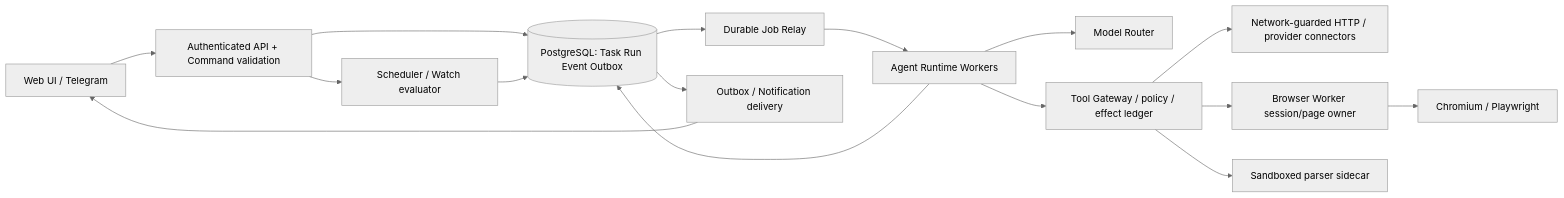
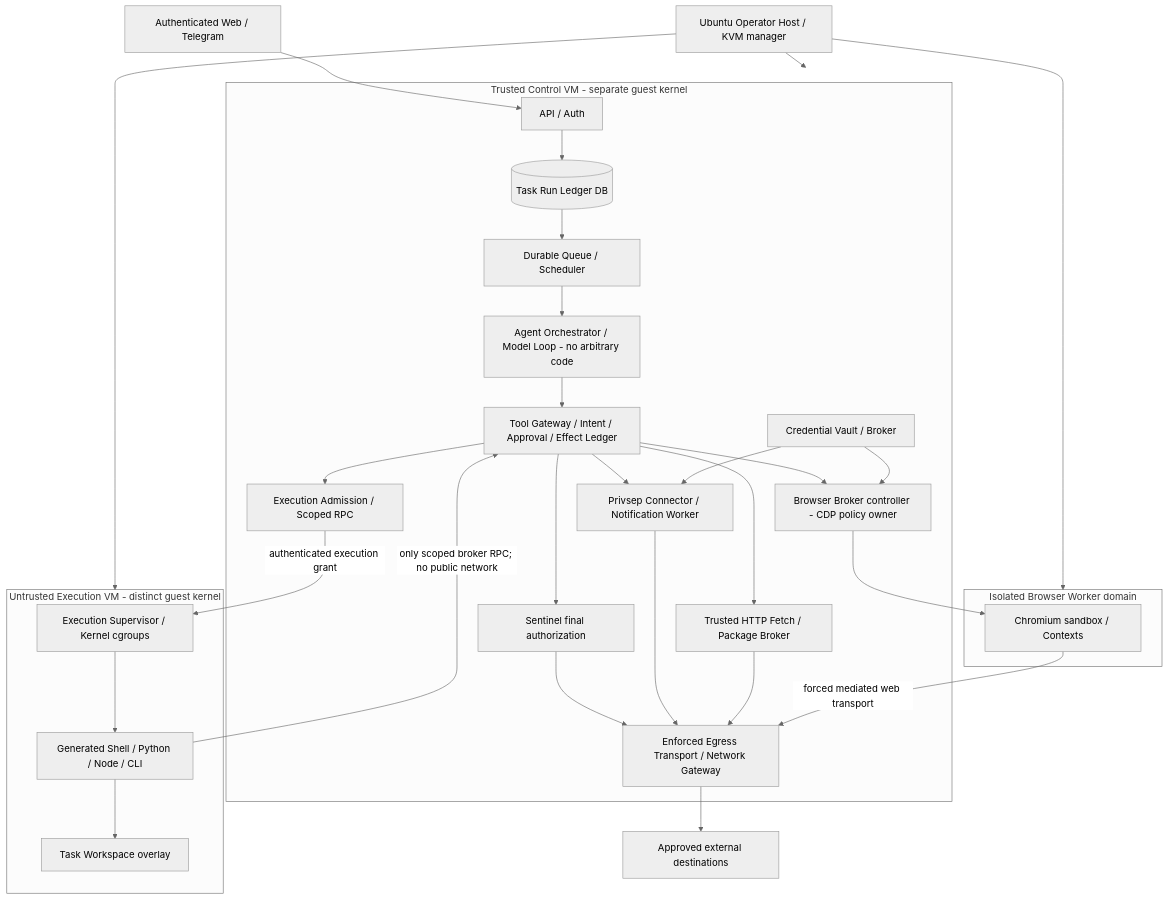
Before and after one commit to choko510/aiagent-md: the first of 2 diagrams in docs/00-foundation/system-architecture.md, drawn with Mermaid (neutral theme). The commit also changed other lines of this file and 107 other files, not shown here.

First line of the commit message:
docs: Muse型AgentのVM信頼境界・Sentinel・Sandbox Execを全面整合（監査P0/P1対応） (#68)

````diff
--- a/docs/00-foundation/system-architecture.md
+++ b/docs/00-foundation/system-architecture.md
@@ -4,18 +7,40 @@
-```mermaid
-flowchart LR
- U[Web UI / Telegram] --> API[Authenticated API + Command validation]
- API --> PG[(PostgreSQL: Task Run Event Outbox)]
- API --> SCH[Scheduler / Watch evaluator]
- SCH --> PG
- PG --> Q[Durable Job Relay]
- Q --> AR[Agent Runtime Workers]
- AR --> MODEL[Model Router]
- AR --> G[Tool Gateway / policy / effect ledger]
- G --> HTTP[Network-guarded HTTP / provider connectors]
- G --> BW[Browser Worker session/page owner]
- BW --> CB[Chromium / Playwright]
- G --> PS[Sandboxed parser sidecar]
- AR --> PG
- PG --> OB[Outbox / Notification delivery]
- OB --> U
-```
+~~~mermaid
+flowchart TB
+  OP[Ubuntu Operator Host / KVM manager]
+  U[Authenticated Web / Telegram]
+  subgraph T[Trusted Control VM - separate guest kernel]
+    API[API / Auth] --> DB[(Task Run Ledger DB)]
+    DB --> Q[Durable Queue / Scheduler]
+    Q --> AR[Agent Orchestrator / Model Loop - no arbitrary code]
+    AR --> GW[Tool Gateway / Intent / Approval / Effect Ledger]
+    GW --> SENT[Sentinel final authorization]
+    GW --> EXECADMIT[Execution Admission / Scoped RPC]
+    GW --> BCTRL[Browser Broker controller - CDP policy owner]
+    GW --> CONN[Privsep Connector / Notification Worker]
+    GW --> FETCH[Trusted HTTP Fetch / Package Broker]
+    CRED[Credential Vault / Broker] --> CONN
+    CRED --> BCTRL
+    SENT --> NET[Enforced Egress Transport / Network Gateway]
+    CONN --> NET
+    FETCH --> NET
+  end
+  subgraph X[Untrusted Execution VM - distinct guest kernel]
+    SUP[Execution Supervisor / Kernel cgroups]
+    CELL[Generated Shell / Python / Node / CLI]
+    WS[Task Workspace overlay]
+    SUP --> CELL
+    CELL --> WS
+  end
+  subgraph B[Isolated Browser Worker domain]
+    BW[Chromium sandbox / Contexts]
+  end
+  OP --> T
+  OP --> X
+  OP --> B
+  U --> API
+  EXECADMIT -->|authenticated execution grant| SUP
+  CELL -->|only scoped broker RPC; no public network| GW
+  BCTRL --> BW
+  BW -->|forced mediated web transport| NET
+  NET --> WEB[Approved external destinations]
+~~~
````
